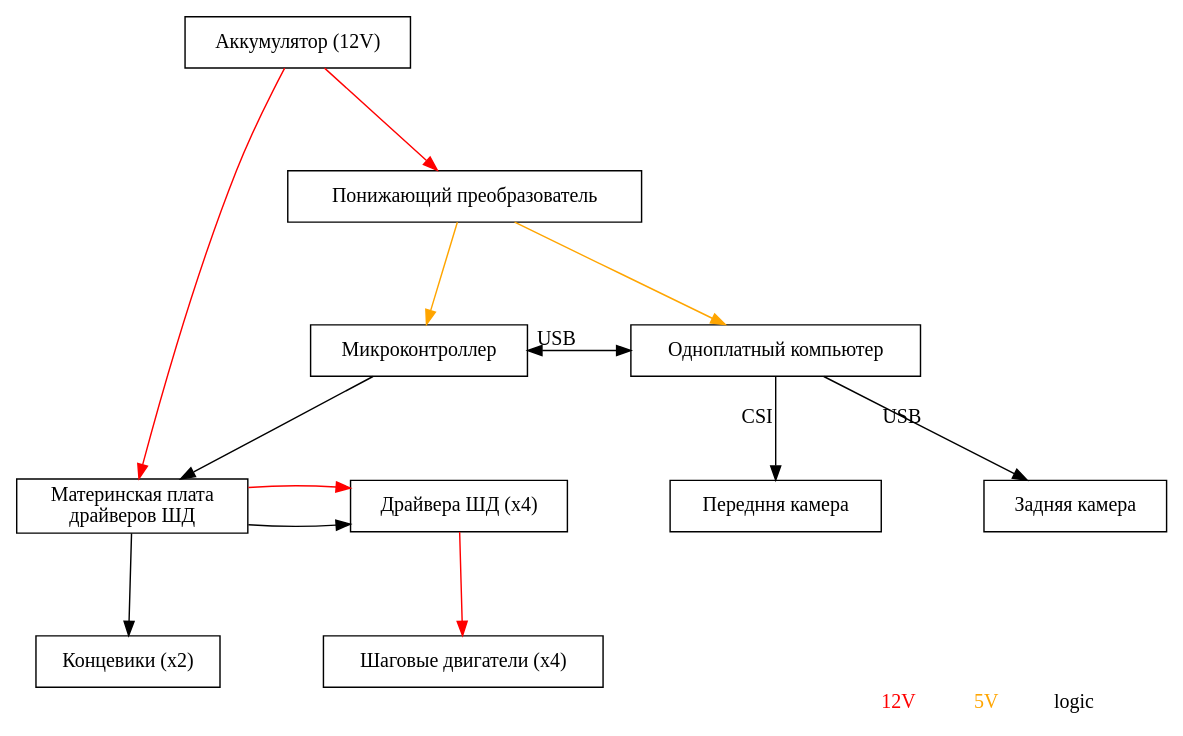
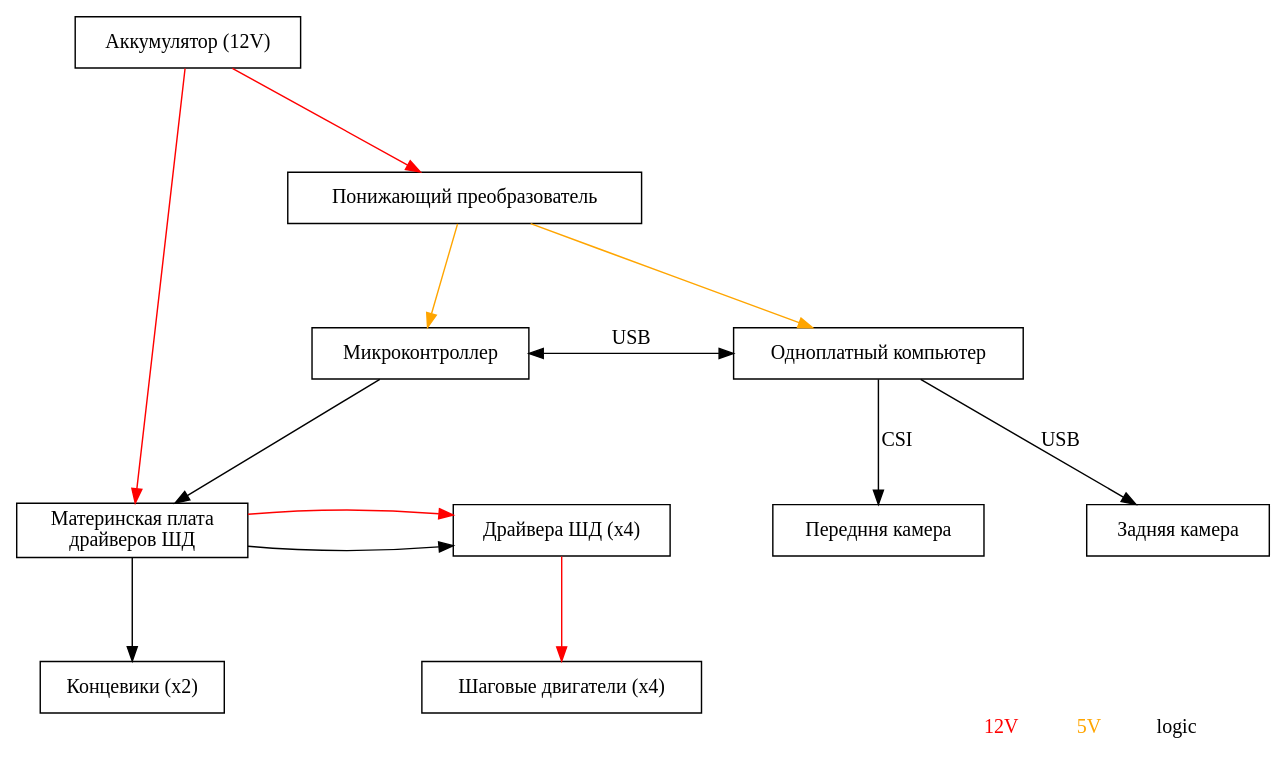
One commit to prostoiChelovek/rescue-line-2022 changed the diagram in doc/doc.org. Above: the diagram before and after it, drawn with Graphviz. The commit also changed other lines of this file, not shown here.

Commit message:
refactor the diagram and the remove file header

```diff
--- a/doc/doc.org
+++ b/doc/doc.org
@@ -80,52 +77,52 @@
 #+BEGIN_SRC dot :file images/electronics-diag.png :cmdline -Kdot -Tpng
 digraph {
-    graph [ranksep=1, nodesep=1, concentrate=true, compound=true, splines=otrho]
+    graph [ranksep=1, nodesep=1, compound=true]
     node [shape=box]
 
     bat [label="Аккумулятор (12V)"]
     buck_conv [label="Понижающий преобразователь"]
 
     {
         rank=same
         mcu [label="Микроконтроллер"]
         sbc [label="Одноплатный компьютер"]
     }
 
     {
         rank=same
         front_camera [label="Передння камера"]
         rear_camera [label="Задняя камера"]
     }
 
     {
         rank=same
         drivers_mb [label="Материнская плата\nдрайверов ШД"]
         stepper_dirvers [label="Драйвера ШД (x4)"]
     }
     steppers [label="Шаговые двигатели (x4)"]
 
     limit_sws [label="Концевики (x2)"]
 
     bat -> {buck_conv, drivers_mb} [color=red]
     buck_conv -> {mcu, sbc} [color=orange]
 
-    sbc -> front_camera [xlabel="CSI"]
-    sbc -> rear_camera [xlabel="USB"]
+    sbc -> front_camera [label="CSI"]
+    sbc -> rear_camera [label="USB"]
     mcu -> drivers_mb
-    mcu -> sbc [dir=both, xlabel="USB"]
+    mcu -> sbc [dir=both, label="USB"]
 
     drivers_mb -> {stepper_dirvers, limit_sws}
     {
         edge [color=red]
         drivers_mb -> stepper_dirvers
         stepper_dirvers -> steppers
     }
     graph [
         labelloc="b" labeljust="r" label= <
         <font color="red">12V</font>
         <font color="orange">5V</font>
         <font color="black">logic</font>
         >
   ]
 }
 #+END_SRC
```
